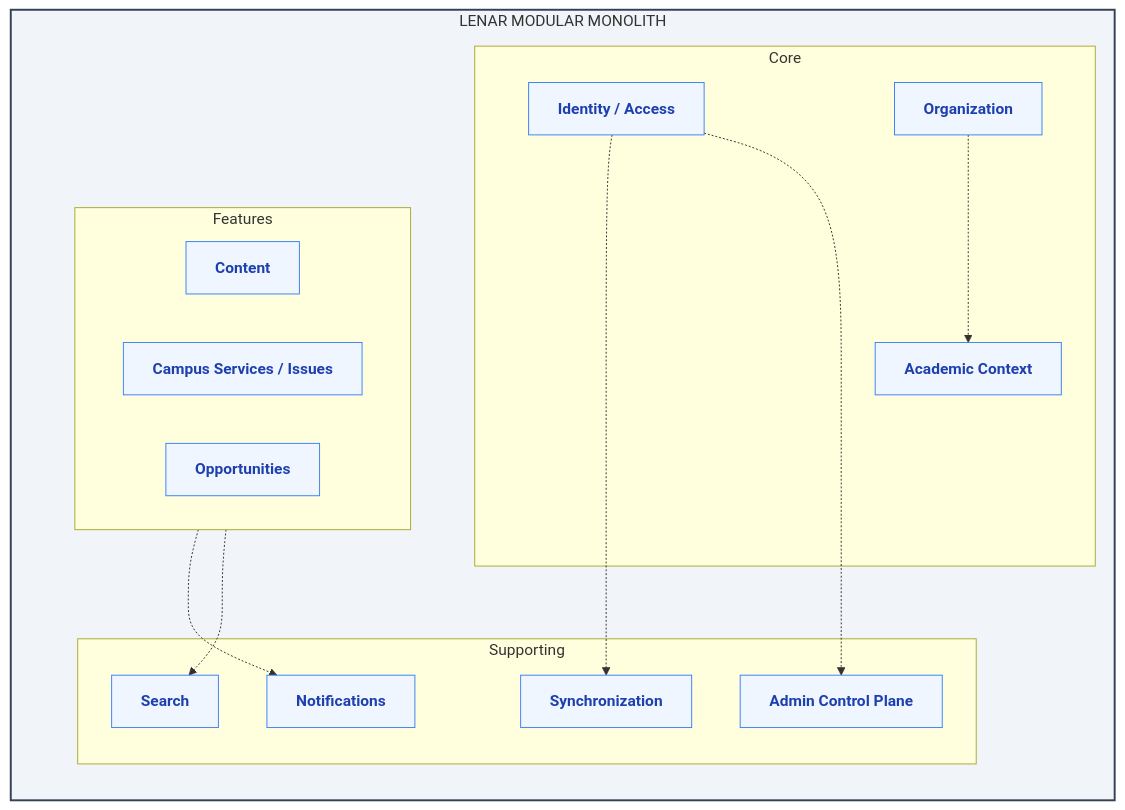
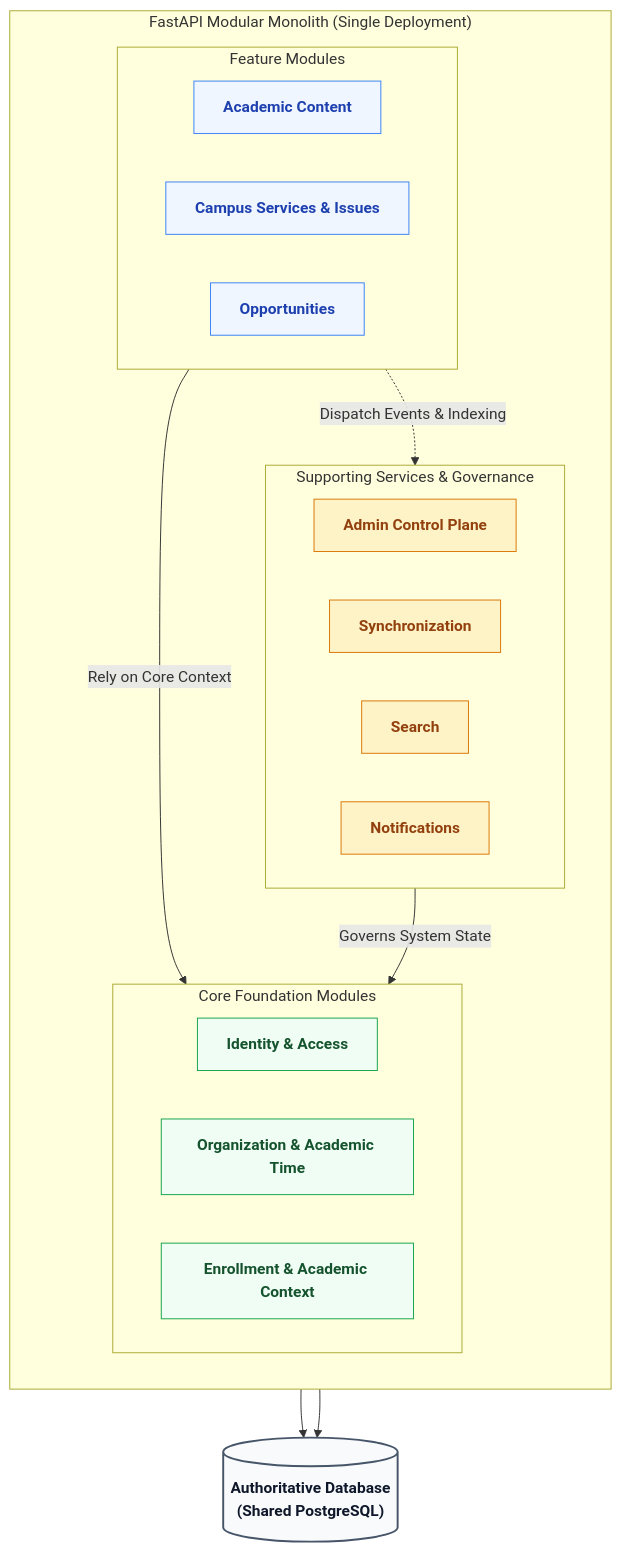
Before and after one commit to davidalbertstark-lab/Lenar: the first of 5 diagrams in docs/architecture/09-System-Architecture.md, drawn with Mermaid. The commit also changed other lines of this file and 28 other files, not shown here.

Commit message:
docs: system-wide diagram redesign for first-instance comprehension

````diff
--- a/docs/architecture/09-System-Architecture.md
+++ b/docs/architecture/09-System-Architecture.md
@@ -41,41 +44,40 @@
 ```mermaid
 flowchart TD
-    classDef module fill:#eff6ff,stroke:#3b82f6,stroke-width:1px,color:#1e40af,font-weight:bold
-    classDef monolith fill:#f8fafc,stroke:#475569,stroke-width:2px,color:#0f172a,font-weight:bold
+    classDef feature fill:#eff6ff,stroke:#3b82f6,stroke-width:1px,color:#1e40af,font-weight:bold
+    classDef core fill:#f0fdf4,stroke:#16a34a,stroke-width:1px,color:#14532d,font-weight:bold
+    classDef support fill:#fef3c7,stroke:#d97706,stroke-width:1px,color:#92400e,font-weight:bold
+    classDef db fill:#f8fafc,stroke:#475569,stroke-width:2px,color:#0f172a,font-weight:bold
 
-    subgraph MM [LENAR MODULAR MONOLITH]
+    subgraph Monolith ["FastAPI Modular Monolith (Single Deployment)"]
         direction TB
-        
-        subgraph Core
-            ID[Identity / Access]
-            Org[Organization]
-            AC[Academic Context]
+
+        subgraph Features ["Feature Modules"]
+            direction LR
+            Content["Academic Content"]:::feature
+            Services["Campus Services & Issues"]:::feature
+            Opp["Opportunities"]:::feature
         end
-        
-        subgraph Features
-            C[Content]
-            CSI[Campus Services / Issues]
-            Opp[Opportunities]
+
+        subgraph Core ["Core Foundation Modules"]
+            direction LR
+            Identity["Identity & Access"]:::core
+            OrgTime["Organization & Academic Time"]:::core
+            Enrollment["Enrollment & Academic Context"]:::core
         end
-        
-        subgraph Supporting
-            Notif[Notifications]
-            Search[Search]
-            Sync[Synchronization]
-            Admin[Admin Control Plane]
+
+        subgraph Platform ["Supporting Services & Governance"]
+            direction LR
+            Admin["Admin Control Plane"]:::support
+            Sync["Synchronization"]:::support
+            Search["Search"]:::support
+            Notif["Notifications"]:::support
         end
-        
-        Core ~~~ Features
-        Features ~~~ Supporting
+
+        Features -->|Rely on Core Context| Core
+        Admin -->|Governs System State| Core
+        Features -.->|Dispatch Events & Indexing| Platform
     end
-    
-    %% Showing loose logical associations inside the monolith
-    ID -.-> Admin
-    Org -.-> AC
-    ID -.-> Sync
-    Features -.-> Search
-    Features -.-> Notif
 
-    class ID,Org,AC,C,CSI,Opp,Notif,Search,Sync,Admin module;
-    style MM fill:#f1f5f9,stroke:#334155,stroke-width:2px
+    Core --> DB[("Authoritative Database<br/>(Shared PostgreSQL)")]:::db
+    Platform --> DB
 ```
````
